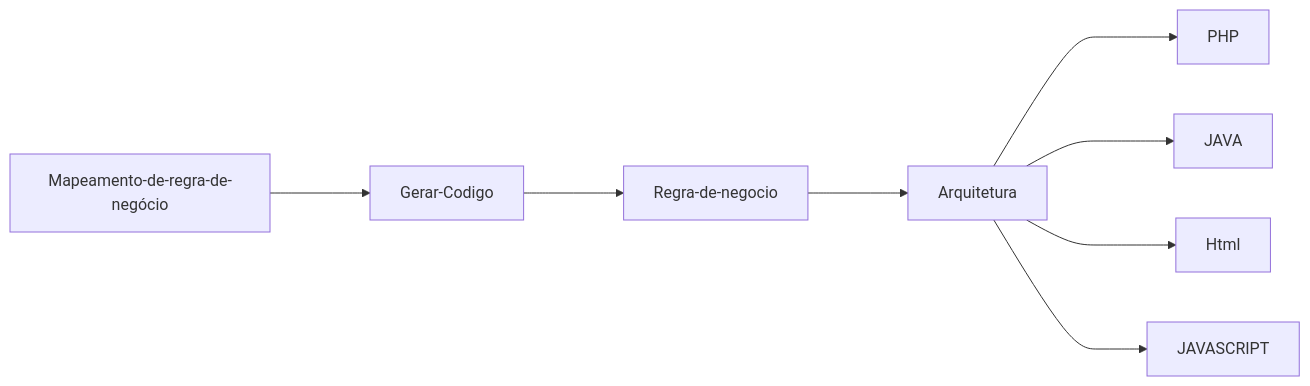
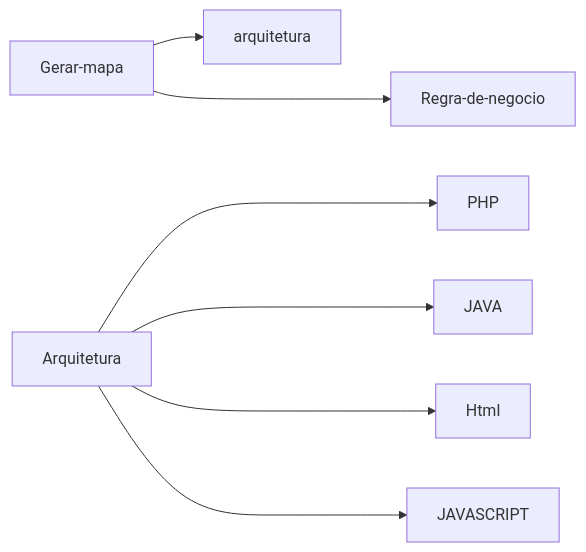
Before and after one commit to HamiltonVentura/MapperIdea: the diagram in Readme.md, drawn with Mermaid.

````diff
--- a/Readme.md
+++ b/Readme.md
@@ -35,12 +35,11 @@
 ```mermaid
 flowchart LR
-    Mapeamento-de-regra-de-negócio --->
-    Gerar-Codigo ---> Regra-de-negocio;
-    Regra-de-negocio --->Arquitetura;
+    Gerar-mapa --> arquitetura
+    Gerar-mapa ---> Regra-de-negocio;
 Arquitetura;
     Arquitetura --->PHP;
     Arquitetura --->JAVA;
     Arquitetura --->Html;
     Arquitetura --->JAVASCRIPT
      
 ```
````
